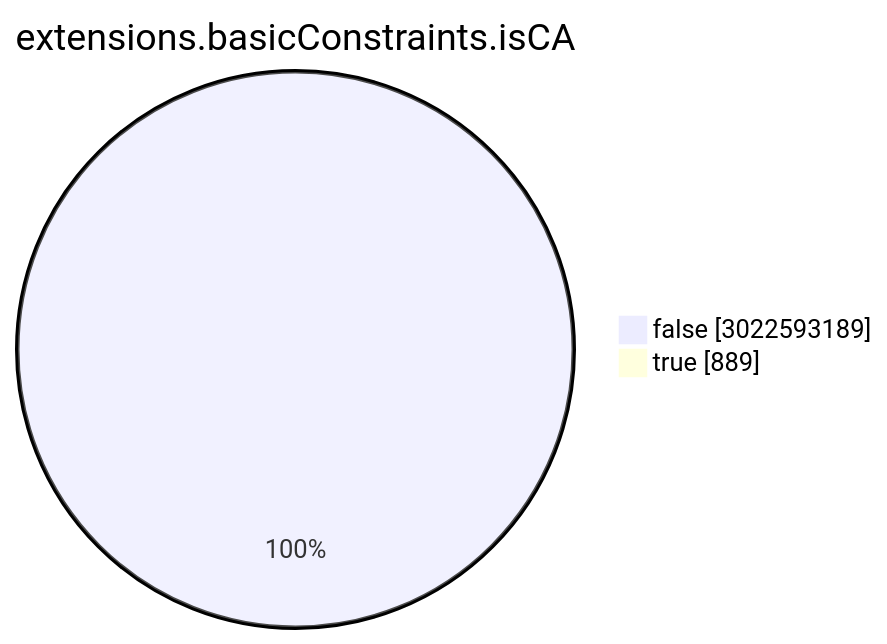
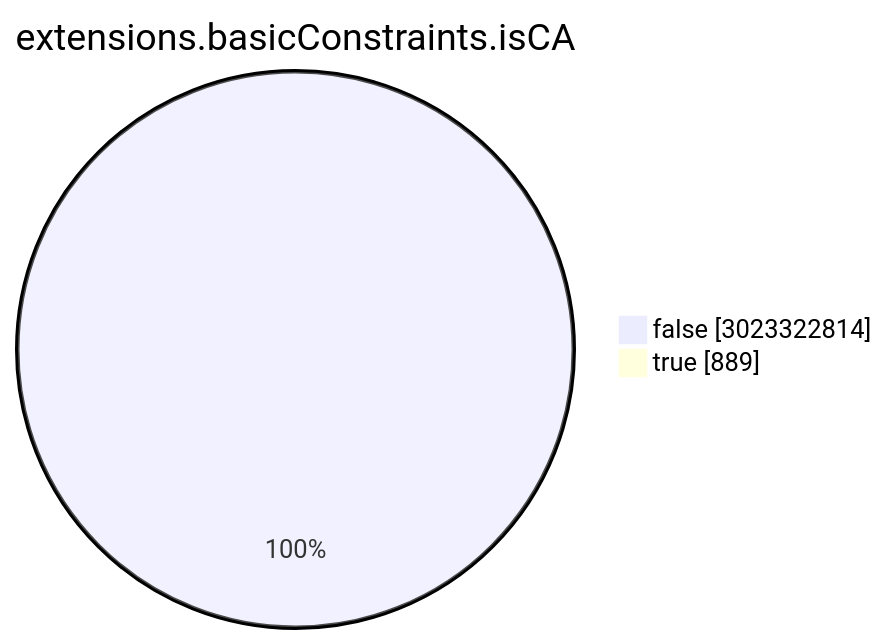
Before and after one commit to christiankrug/ctmonitor_visualization: the seventh of 15 diagrams in TOTAL/README.md, drawn with Mermaid. The commit also changed other lines of this file, not shown here.

````diff
--- a/TOTAL/README.md
+++ b/TOTAL/README.md
@@ -3087,6 +3087,6 @@
 ```mermaid
 pie showData
 title extensions.basicConstraints.isCA
-"false" :3022593189
+"false" :3023322814
 "true" :889
 ```
````
